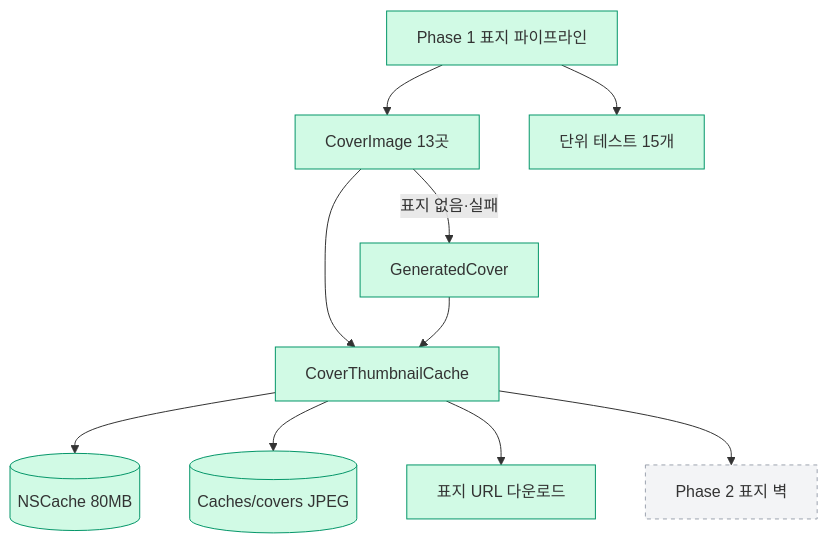
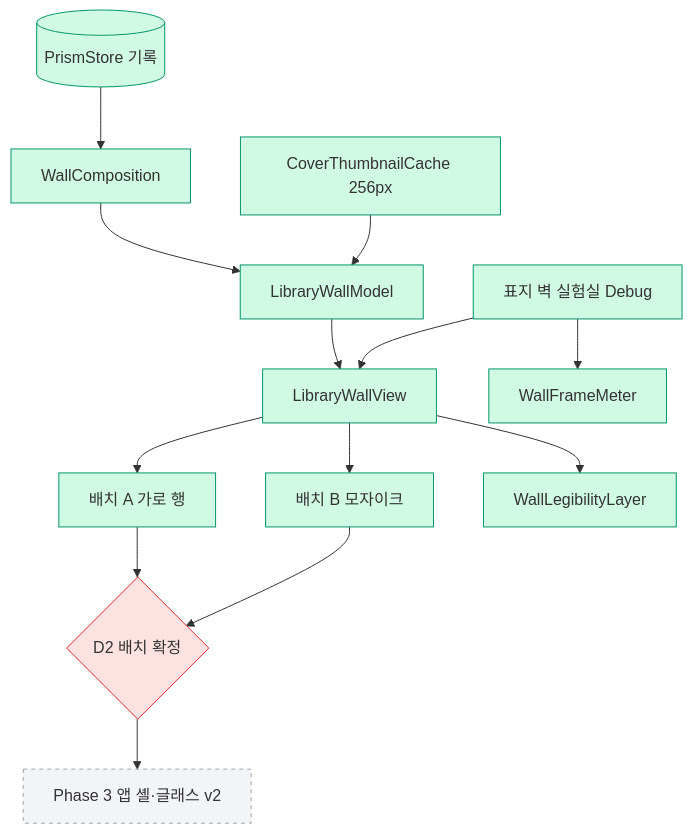
One commit to Nedian0Brien/PrismLog changed the diagram in .sitrep/sessions/20261117-2250-ios-v2-phase0/arch.mmd. Above: the diagram before and after it, drawn with Mermaid. The commit also changed 21 other files, not shown here.

First line of the commit message:
feat(ios): 표지 벽 시제품과 디버그 실험실 (v2 Phase 2)

```diff
--- a/.sitrep/sessions/20261117-2250-ios-v2-phase0/arch.mmd
+++ b/.sitrep/sessions/20261117-2250-ios-v2-phase0/arch.mmd
@@ -1,23 +1,28 @@
 flowchart TD
-  P1[Phase 1 표지 파이프라인]:::done
-  CI[CoverImage 13곳]:::done
-  CTC[CoverThumbnailCache]:::done
-  MEM[(NSCache 80MB)]:::done
-  DISK[(Caches/covers JPEG)]:::done
-  NET[표지 URL 다운로드]:::done
-  GC[GeneratedCover]:::done
-  T[단위 테스트 15개]:::done
-  P2[Phase 2 표지 벽]:::todo
-  P1 --> CI
-  CI --> CTC
-  CTC --> MEM
-  CTC --> DISK
-  CTC --> NET
-  CI -->|표지 없음·실패| GC
-  GC --> CTC
-  P1 --> T
-  CTC --> P2
+  REC[(PrismStore 기록)]:::done
+  COMP[WallComposition]:::done
+  MODEL[LibraryWallModel]:::done
+  CACHE[CoverThumbnailCache 256px]:::done
+  VIEW[LibraryWallView]:::done
+  A[배치 A 가로 행]:::done
+  B[배치 B 모자이크]:::done
+  LEG[WallLegibilityLayer]:::done
+  LAB[표지 벽 실험실 Debug]:::done
+  METER[WallFrameMeter]:::done
+  D2{D2 배치 확정}:::decide
+  P3[Phase 3 앱 셸·글래스 v2]:::todo
+  REC --> COMP --> MODEL
+  CACHE --> MODEL
+  MODEL --> VIEW
+  VIEW --> A
+  VIEW --> B
+  VIEW --> LEG
+  LAB --> VIEW
+  LAB --> METER
+  A --> D2
+  B --> D2
+  D2 --> P3
   classDef done fill:#d1fae5,stroke:#059669
   classDef doing fill:#fef3c7,stroke:#d97706
   classDef decide fill:#fee2e2,stroke:#dc2626
   classDef todo fill:#f3f4f6,stroke:#9ca3af,stroke-dasharray:4
```
